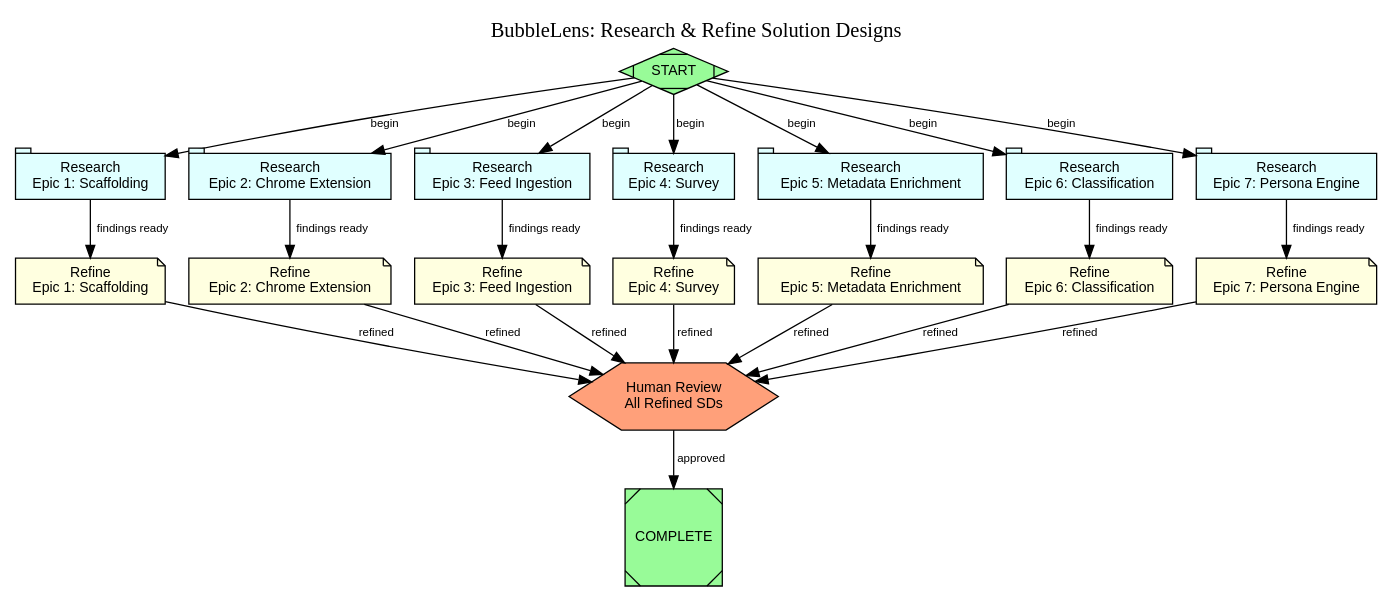
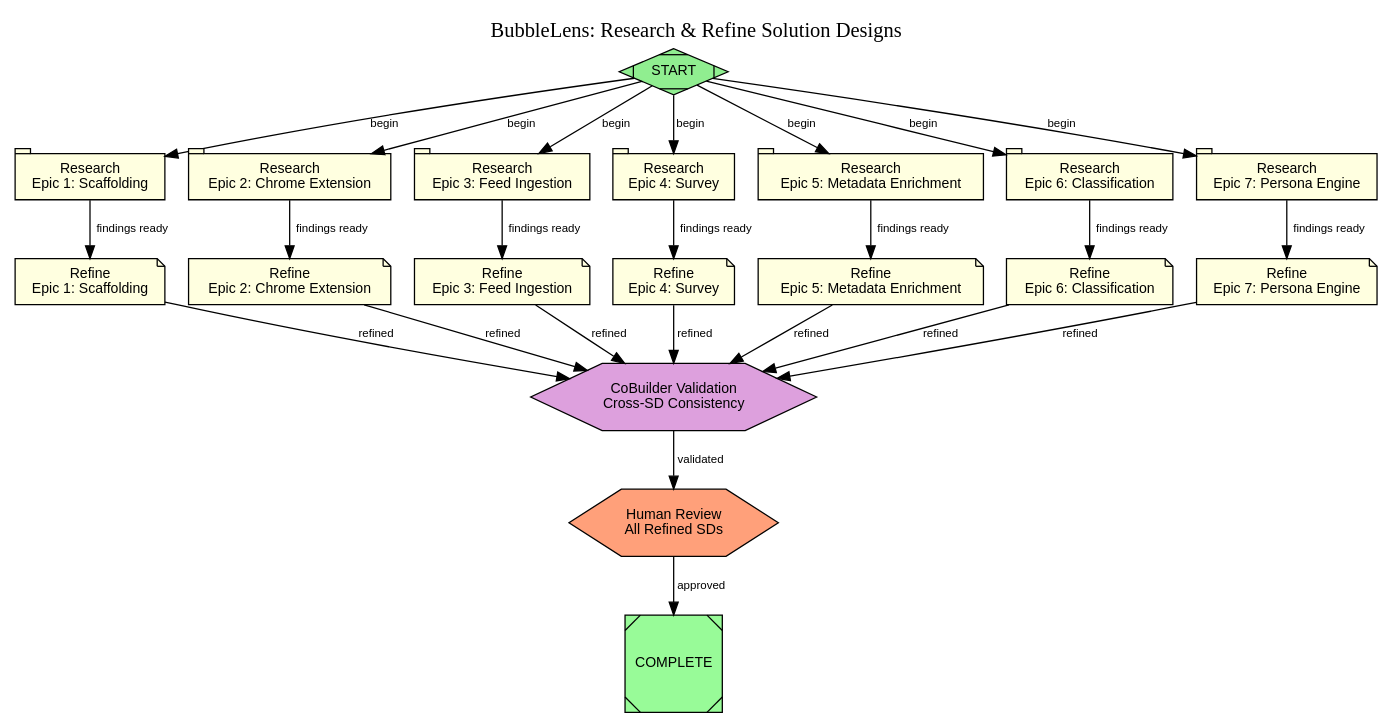
One commit to bjornslib/claude-code-harness changed the diagram in docs/pipelines/bubblelens-sd-refine.dot. Above: the diagram before and after it, drawn with Graphviz. The commit also changed 12 other files, not shown here.

```diff
--- a/docs/pipelines/bubblelens-sd-refine.dot
+++ b/docs/pipelines/bubblelens-sd-refine.dot
@@ -6,7 +6,8 @@
         rankdir="TB"
         pipeline_id="bubblelens-sd-refine-001"
         prd_ref="PRD-BUBBLELENS-001"
-        target_dir="/home/user/cobuilder-harness"
+        cobuilder_root="/Users/theb/Documents/Windsurf/cobuilder-harness/.claude/worktrees/bubblelens-pilot"
+        target_dir="/Users/theb/Documents/Windsurf/cobuilder-harness/.claude/worktrees/bubblelens-pilot"
     ];
 
     node [fontname="Helvetica" fontsize=11 style=filled];
@@ -17,8 +18,10 @@
         shape=Mdiamond
         label="START"
         handler="start"
-        status="pending"
-        fillcolor=palegreen
+        status="validated"
+        fillcolor="lightgreen"
+    
+        style="filled"
     ];
 
     // ═══════════════════════════════════════════════════════════════════
@@ -33,12 +36,14 @@
         worker_type="researcher"
         llm_profile="anthropic-smart"
         prd_ref="PRD-BUBBLELENS-P1-001"
-        solution_design="docs/sds/SD-BUBBLELENS-001-epic1-scaffolding.md"
+        solution_design="/Users/theb/Documents/Windsurf/cobuilder-harness/.claude/worktrees/bubblelens-pilot/docs/sds/SD-BUBBLELENS-001-epic1-scaffolding.md"
         frameworks="Next.js,Prisma,Neon PostgreSQL,Upstash Redis,Upstash QStash,Vercel"
         research_queries="Next.js 14 App Router best practices 2026;Neon serverless PostgreSQL connection pooling Prisma;Upstash Redis rate limiting patterns;Vercel deployment environment branching"
         downstream_node="refine_epic1"
         status="pending"
-        fillcolor=lightcyan
+        fillcolor="lightyellow"
+    
+        style="filled"
     ];
 
     research_epic2 [
@@ -48,12 +53,14 @@
         worker_type="researcher"
         llm_profile="anthropic-smart"
         prd_ref="PRD-BUBBLELENS-P1-001"
-        solution_design="docs/sds/SD-BUBBLELENS-001-epic2-chrome-extension.md"
+        solution_design="/Users/theb/Documents/Windsurf/cobuilder-harness/.claude/worktrees/bubblelens-pilot/docs/sds/SD-BUBBLELENS-001-epic2-chrome-extension.md"
         frameworks="Chrome Extensions Manifest V3,Webpack"
         research_queries="Manifest V3 service worker lifecycle 2026;YouTube DOM structure ytd-rich-item-renderer current selectors;chrome.storage.local offline queue patterns;Content script message passing best practices"
         downstream_node="refine_epic2"
         status="pending"
-        fillcolor=lightcyan
+        fillcolor="lightyellow"
+    
+        style="filled"
     ];
 
     research_epic3 [
@@ -63,12 +70,14 @@
         worker_type="researcher"
         llm_profile="anthropic-smart"
         prd_ref="PRD-BUBBLELENS-P1-001"
-        solution_design="docs/sds/SD-BUBBLELENS-001-epic4-feed-ingestion.md"
+        solution_design="/Users/theb/Documents/Windsurf/cobuilder-harness/.claude/worktrees/bubblelens-pilot/docs/sds/SD-BUBBLELENS-001-epic4-feed-ingestion.md"
         frameworks="Next.js API Routes,Zod,Prisma,Upstash Redis"
         research_queries="Next.js Route Handler validation with Zod best practices;Prisma transaction patterns for upsert;Upstash Redis sliding window rate limiting;CORS configuration for Chrome extensions"
         downstream_node="refine_epic3"
         status="pending"
-        fillcolor=lightcyan
+        fillcolor="lightyellow"
+    
+        style="filled"
     ];
 
     research_epic4 [
@@ -78,12 +87,14 @@
         worker_type="researcher"
         llm_profile="anthropic-smart"
         prd_ref="PRD-BUBBLELENS-P1-001"
-        solution_design="docs/sds/SD-BUBBLELENS-001-epic4-survey.md"
+        solution_design="/Users/theb/Documents/Windsurf/cobuilder-harness/.claude/worktrees/bubblelens-pilot/docs/sds/SD-BUBBLELENS-001-epic4-survey.md"
         frameworks="Chrome Extensions Manifest V3,Zod,Prisma"
         research_queries="Chrome extension popup inline form UX patterns;chrome.storage state machine patterns;Zod optional field validation;Prisma upsert with optional fields"
         downstream_node="refine_epic4"
         status="pending"
-        fillcolor=lightcyan
+        fillcolor="lightyellow"
+    
+        style="filled"
     ];
 
     research_epic5 [
@@ -93,12 +104,14 @@
         worker_type="researcher"
         llm_profile="anthropic-smart"
         prd_ref="PRD-BUBBLELENS-P2-001"
-        solution_design="docs/sds/SD-BUBBLELENS-001-epic5-metadata-enrichment.md"
+        solution_design="/Users/theb/Documents/Windsurf/cobuilder-harness/.claude/worktrees/bubblelens-pilot/docs/sds/SD-BUBBLELENS-001-epic5-metadata-enrichment.md"
         frameworks="YouTube Data API v3,Upstash QStash,Prisma"
         research_queries="YouTube Data API v3 videos.list quota optimization 2026;QStash cron job patterns for batch processing;YouTube API quota management best practices;Batch video metadata fetching with error recovery"
         downstream_node="refine_epic5"
         status="pending"
-        fillcolor=lightcyan
+        fillcolor="lightyellow"
+    
+        style="filled"
     ];
 
     research_epic6 [
@@ -108,12 +121,14 @@
         worker_type="researcher"
         llm_profile="anthropic-smart"
         prd_ref="PRD-BUBBLELENS-P2-001"
-        solution_design="docs/sds/SD-BUBBLELENS-001-epic6-classification.md"
+        solution_design="/Users/theb/Documents/Windsurf/cobuilder-harness/.claude/worktrees/bubblelens-pilot/docs/sds/SD-BUBBLELENS-001-epic6-classification.md"
         frameworks="Anthropic Claude API,Prisma"
         research_queries="Claude Haiku structured output for content classification;Political content classification taxonomy best practices;LLM batch classification pipeline patterns;Channel-level classification aggregation caching"
         downstream_node="refine_epic6"
         status="pending"
-        fillcolor=lightcyan
+        fillcolor="lightyellow"
+    
+        style="filled"
     ];
 
     research_epic7 [
@@ -123,12 +138,14 @@
         worker_type="researcher"
         llm_profile="anthropic-smart"
         prd_ref="PRD-BUBBLELENS-P2-001"
-        solution_design="docs/sds/SD-BUBBLELENS-001-epic7-persona-engine.md"
+        solution_design="/Users/theb/Documents/Windsurf/cobuilder-harness/.claude/worktrees/bubblelens-pilot/docs/sds/SD-BUBBLELENS-001-epic7-persona-engine.md"
         frameworks="Prisma,Upstash Redis,Next.js"
         research_queries="Dynamic SQL construction with Prisma for persona matching;Feed aggregation algorithm frequency-recency ranking;Redis caching patterns for computed results;Demographic profile matching with fuzzy attribute tolerance"
         downstream_node="refine_epic7"
         status="pending"
-        fillcolor=lightcyan
+        fillcolor="lightyellow"
+    
+        style="filled"
     ];
 
     // ═══════════════════════════════════════════════════════════════════
@@ -143,8 +160,8 @@
         worker_type="solution-architect"
         llm_profile="anthropic-smart"
         prd_ref="PRD-BUBBLELENS-P1-001"
-        solution_design="docs/sds/SD-BUBBLELENS-001-epic1-scaffolding.md"
-        evidence_path=".claude/evidence/research_epic1/research-findings.json"
+        solution_design="/Users/theb/Documents/Windsurf/cobuilder-harness/.claude/worktrees/bubblelens-pilot/docs/sds/SD-BUBBLELENS-001-epic1-scaffolding.md"
+        evidence_path="/Users/theb/Documents/Windsurf/cobuilder-harness/.claude/worktrees/bubblelens-pilot/.claude/evidence/research_epic1/research-findings.json"
         prompt="Refine the scaffolding SD using research findings. Focus on: Prisma schema correctness, Neon connection pooling config, QStash job patterns, CI pipeline steps. Ensure the simplified 3-field DemographicProfile schema is consistent with Epic 4 survey SD."
         acceptance="SD updated with latest framework patterns; Prisma schema validated; no stale API references"
         status="pending"
@@ -158,8 +175,8 @@
         worker_type="solution-architect"
         llm_profile="anthropic-smart"
         prd_ref="PRD-BUBBLELENS-P1-001"
-        solution_design="docs/sds/SD-BUBBLELENS-001-epic2-chrome-extension.md"
-        evidence_path=".claude/evidence/research_epic2/research-findings.json"
+        solution_design="/Users/theb/Documents/Windsurf/cobuilder-harness/.claude/worktrees/bubblelens-pilot/docs/sds/SD-BUBBLELENS-001-epic2-chrome-extension.md"
+        evidence_path="/Users/theb/Documents/Windsurf/cobuilder-harness/.claude/worktrees/bubblelens-pilot/.claude/evidence/research_epic2/research-findings.json"
         prompt="Refine the Chrome extension SD using research findings. Focus on: Manifest V3 service worker constraints, YouTube DOM selector accuracy, offline queue reliability, anonymous UUID generation. Verify selectors against current YouTube DOM structure."
         acceptance="SD uses current MV3 APIs; selectors validated; offline sync pattern is robust"
         status="pending"
@@ -173,8 +190,8 @@
         worker_type="solution-architect"
         llm_profile="anthropic-smart"
         prd_ref="PRD-BUBBLELENS-P1-001"
-        solution_design="docs/sds/SD-BUBBLELENS-001-epic4-feed-ingestion.md"
-        evidence_path=".claude/evidence/research_epic3/research-findings.json"
+        solution_design="/Users/theb/Documents/Windsurf/cobuilder-harness/.claude/worktrees/bubblelens-pilot/docs/sds/SD-BUBBLELENS-001-epic4-feed-ingestion.md"
+        evidence_path="/Users/theb/Documents/Windsurf/cobuilder-harness/.claude/worktrees/bubblelens-pilot/.claude/evidence/research_epic3/research-findings.json"
         prompt="Refine the feed ingestion SD using research findings. Focus on: Zod schema completeness, Prisma transaction for browser upsert + feed creation, rate limiting configuration, CORS for extension origins, error response format consistency."
         acceptance="SD has production-ready API design; Zod schemas match Prisma models; rate limiting config is correct"
         status="pending"
@@ -188,8 +205,8 @@
         worker_type="solution-architect"
         llm_profile="anthropic-smart"
         prd_ref="PRD-BUBBLELENS-P1-001"
-        solution_design="docs/sds/SD-BUBBLELENS-001-epic4-survey.md"
-        evidence_path=".claude/evidence/research_epic4/research-findings.json"
+        solution_design="/Users/theb/Documents/Windsurf/cobuilder-harness/.claude/worktrees/bubblelens-pilot/docs/sds/SD-BUBBLELENS-001-epic4-survey.md"
+        evidence_path="/Users/theb/Documents/Windsurf/cobuilder-harness/.claude/worktrees/bubblelens-pilot/.claude/evidence/research_epic4/research-findings.json"
         prompt="Refine the demographic survey SD using research findings. Focus on: survey state machine completeness, chrome.storage patterns, API route validation, upsert logic, privacy note accuracy. Ensure genderOrientation combined field options are inclusive and well-reasoned."
         acceptance="SD has complete state machine; API matches Prisma schema; privacy claims are accurate"
         status="pending"
@@ -203,8 +220,8 @@
         worker_type="solution-architect"
         llm_profile="anthropic-smart"
         prd_ref="PRD-BUBBLELENS-P2-001"
-        solution_design="docs/sds/SD-BUBBLELENS-001-epic5-metadata-enrichment.md"
-        evidence_path=".claude/evidence/research_epic5/research-findings.json"
+        solution_design="/Users/theb/Documents/Windsurf/cobuilder-harness/.claude/worktrees/bubblelens-pilot/docs/sds/SD-BUBBLELENS-001-epic5-metadata-enrichment.md"
+        evidence_path="/Users/theb/Documents/Windsurf/cobuilder-harness/.claude/worktrees/bubblelens-pilot/.claude/evidence/research_epic5/research-findings.json"
         prompt="Refine the metadata enrichment SD using research findings. Focus on: YouTube API v3 quota math accuracy, batch size optimization, QStash cron reliability, error recovery patterns, deduplication efficiency. Verify API response field mappings."
         acceptance="SD has correct quota calculations; batch processing is efficient; error handling is comprehensive"
         status="pending"
@@ -218,8 +235,8 @@
         worker_type="solution-architect"
         llm_profile="anthropic-smart"
         prd_ref="PRD-BUBBLELENS-P2-001"
-        solution_design="docs/sds/SD-BUBBLELENS-001-epic6-classification.md"
-        evidence_path=".claude/evidence/research_epic6/research-findings.json"
+        solution_design="/Users/theb/Documents/Windsurf/cobuilder-harness/.claude/worktrees/bubblelens-pilot/docs/sds/SD-BUBBLELENS-001-epic6-classification.md"
+        evidence_path="/Users/theb/Documents/Windsurf/cobuilder-harness/.claude/worktrees/bubblelens-pilot/.claude/evidence/research_epic6/research-findings.json"
         prompt="Refine the classification SD using research findings. Focus on: Claude API structured output patterns, classification prompt engineering, topic taxonomy completeness, channel cache strategy, accuracy validation methodology. Ensure political leaning scale aligns with survey (1-5)."
         acceptance="SD has validated classification prompts; taxonomy is comprehensive; accuracy testing plan is concrete"
         status="pending"
@@ -233,8 +250,8 @@
         worker_type="solution-architect"
         llm_profile="anthropic-smart"
         prd_ref="PRD-BUBBLELENS-P2-001"
-        solution_design="docs/sds/SD-BUBBLELENS-001-epic7-persona-engine.md"
-        evidence_path=".claude/evidence/research_epic7/research-findings.json"
+        solution_design="/Users/theb/Documents/Windsurf/cobuilder-harness/.claude/worktrees/bubblelens-pilot/docs/sds/SD-BUBBLELENS-001-epic7-persona-engine.md"
+        evidence_path="/Users/theb/Documents/Windsurf/cobuilder-harness/.claude/worktrees/bubblelens-pilot/.claude/evidence/research_epic7/research-findings.json"
         prompt="Refine the persona engine SD using research findings. Focus on: dynamic Prisma query construction, feed aggregation SQL performance, frequency-recency ranking algorithm, Redis caching strategy, comparison engine accuracy. Ensure persona attributes match simplified 3-field model (politicalLeaning, genderOrientation, ageRange). Verify matching query uses both real + seeded profiles."
         acceptance="SD has optimized SQL queries; caching strategy validated; attribute model consistent with survey"
         status="pending"
@@ -242,8 +259,19 @@
     ];
 
     // ═══════════════════════════════════════════════════════════════════
-    // HUMAN REVIEW GATE
+    // VALIDATION GATES
     // ═══════════════════════════════════════════════════════════════════
+
+    cobuilder_gate [
+        shape=hexagon
+        label="CoBuilder Validation\nCross-SD Consistency"
+        handler="wait.cobuilder"
+        status="pending"
+        fillcolor=plum
+        gate_type="contract"
+        summary_ref="/Users/theb/Documents/Windsurf/cobuilder-harness/.claude/worktrees/bubblelens-pilot/docs/prds/PRD-BUBBLELENS-001.md"
+        bead_id="BUBBLELENS-SD-REFINE"
+    ];
 
     review_gate [
         shape=hexagon
@@ -251,6 +279,8 @@
         handler="wait.human"
         status="pending"
         fillcolor=lightsalmon
+        gate="business"
+        mode="business"
         prompt="Review all 7 refined solution design documents in docs/sds/. Verify cross-document consistency (shared schema, API contracts, data flow). Approve to finalize or reject with feedback."
     ];
 
@@ -285,15 +315,16 @@
     research_epic6 -> refine_epic6 [label="findings ready"];
     research_epic7 -> refine_epic7 [label="findings ready"];
 
-    // Fan-in: all refine nodes → human review gate
-    refine_epic1 -> review_gate [label="refined"];
-    refine_epic2 -> review_gate [label="refined"];
-    refine_epic3 -> review_gate [label="refined"];
-    refine_epic4 -> review_gate [label="refined"];
-    refine_epic5 -> review_gate [label="refined"];
-    refine_epic6 -> review_gate [label="refined"];
-    refine_epic7 -> review_gate [label="refined"];
+    // Fan-in: all refine nodes → cobuilder validation gate
+    refine_epic1 -> cobuilder_gate [label="refined"];
+    refine_epic2 -> cobuilder_gate [label="refined"];
+    refine_epic3 -> cobuilder_gate [label="refined"];
+    refine_epic4 -> cobuilder_gate [label="refined"];
+    refine_epic5 -> cobuilder_gate [label="refined"];
+    refine_epic6 -> cobuilder_gate [label="refined"];
+    refine_epic7 -> cobuilder_gate [label="refined"];
 
-    // Gate → exit
+    // Validation chain: cobuilder → human review → exit
+    cobuilder_gate -> review_gate [label="validated"];
     review_gate -> complete [label="approved"];
 }
```
